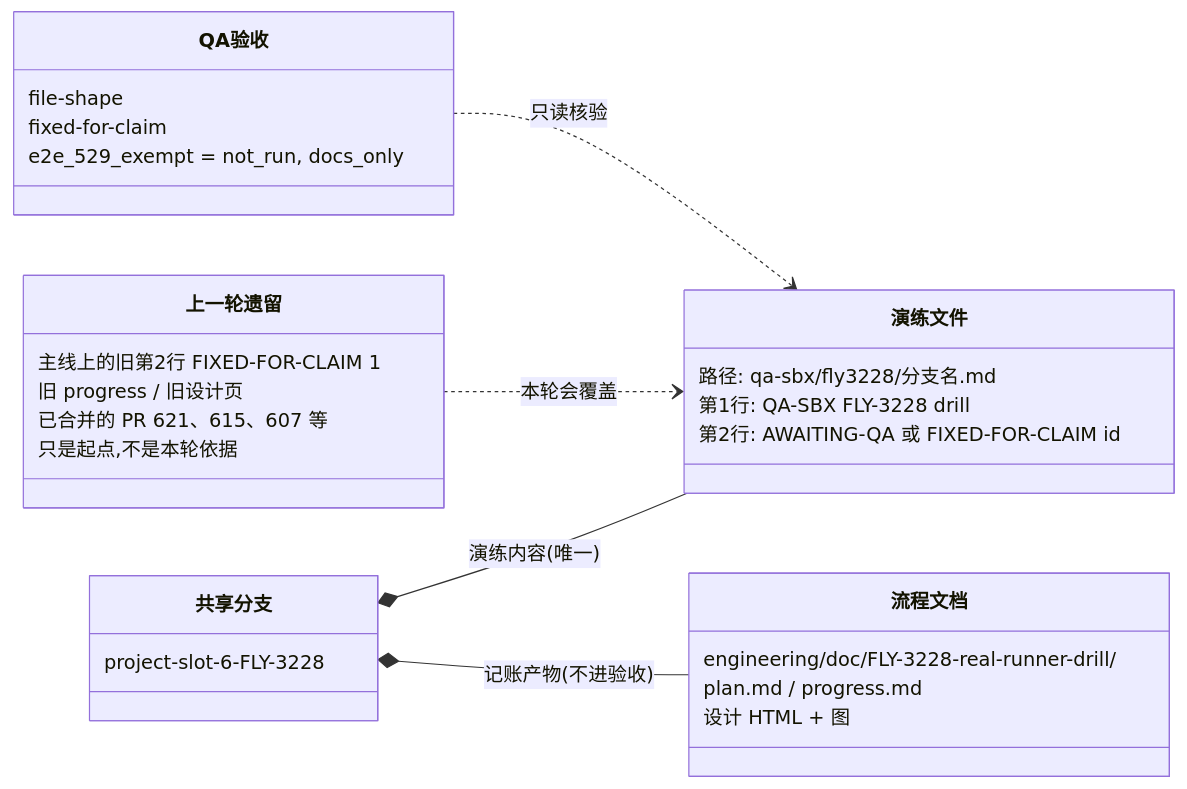
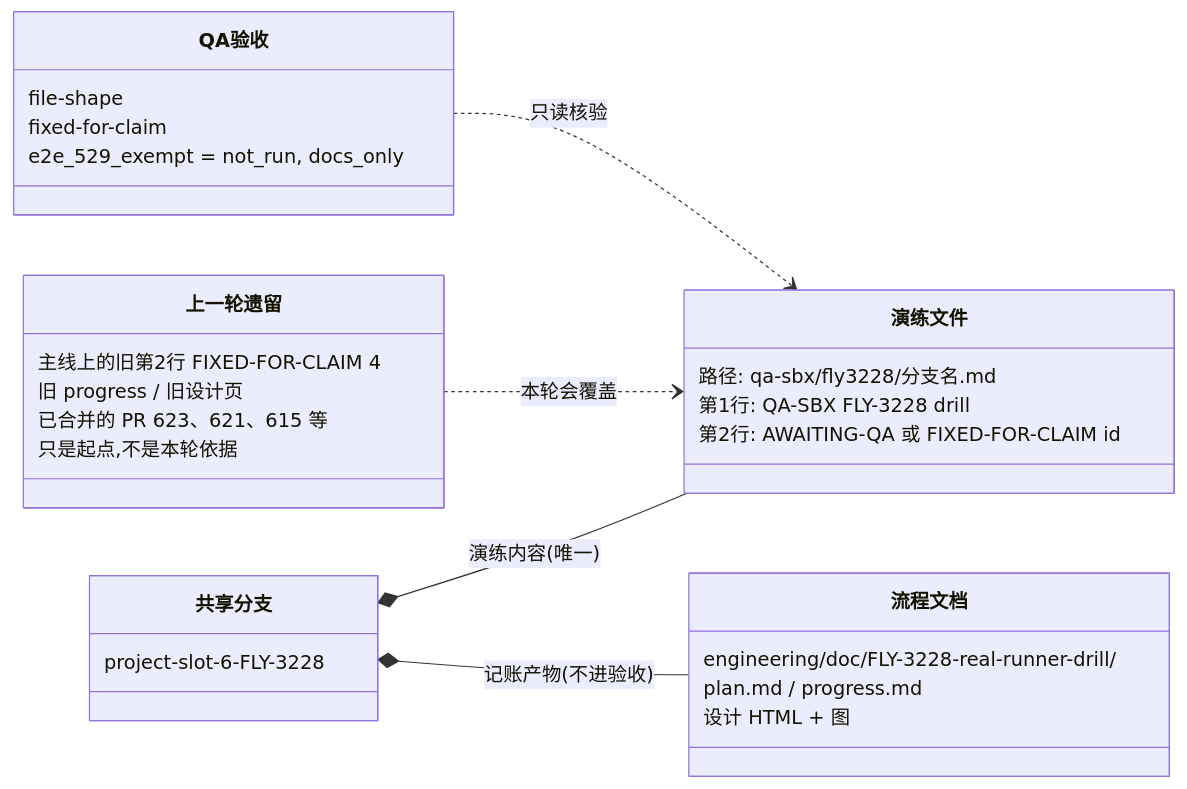
One commit to xrliAnnie/flywheel-qa-sandbox changed the diagram in engineering/doc/FLY-3228-real-runner-drill/d2-data-model.mmd. Above: the diagram before and after it, drawn with Mermaid. The commit also changed 7 other files, not shown here.

```diff
--- a/engineering/doc/FLY-3228-real-runner-drill/d2-data-model.mmd
+++ b/engineering/doc/FLY-3228-real-runner-drill/d2-data-model.mmd
@@ -1,30 +1,30 @@
 classDiagram
     direction LR
     class 共享分支 {
         project-slot-6-FLY-3228
     }
     class 演练文件 {
         路径: qa-sbx/fly3228/分支名.md
         第1行: QA-SBX FLY-3228 drill
         第2行: AWAITING-QA 或 FIXED-FOR-CLAIM id
     }
     class 上一轮遗留 {
-        主线上的旧第2行 FIXED-FOR-CLAIM 1
+        主线上的旧第2行 FIXED-FOR-CLAIM 4
         旧 progress / 旧设计页
-        已合并的 PR 621、615、607 等
+        已合并的 PR 623、621、615 等
         只是起点,不是本轮依据
     }
     class 流程文档 {
         engineering/doc/FLY-3228-real-runner-drill/
         plan.md / progress.md
         设计 HTML + 图
     }
     class QA验收 {
         file-shape
         fixed-for-claim
         e2e_529_exempt = not_run, docs_only
     }
     共享分支 *-- 演练文件 : 演练内容(唯一)
     共享分支 *-- 流程文档 : 记账产物(不进验收)
     上一轮遗留 ..> 演练文件 : 本轮会覆盖
     QA验收 ..> 演练文件 : 只读核验
```
